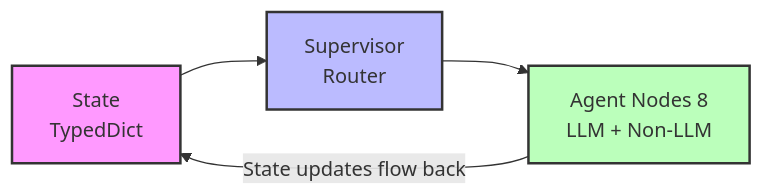
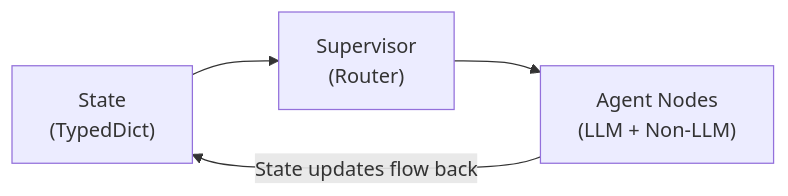
Before and after one commit to MarkLee131/oss-fuzz-gen: the first of 3 diagrams in agent_graph/README.md, drawn with Mermaid. The commit also changed other lines of this file, not shown here.

First line of the commit message:
Update agent_graph README.md for improved clarity and consistency

````diff
--- a/agent_graph/README.md
+++ b/agent_graph/README.md
@@ -15,10 +15,6 @@
 ```mermaid
 graph LR
-    State[State<br/>TypedDict] --> Supervisor[Supervisor<br/>Router]
-    Supervisor --> Agents[Agent Nodes 8<br/>LLM + Non-LLM]
-    Agents -->|State updates flow back| State
-    
-    style State fill:#f9f,stroke:#333,stroke-width:2px
-    style Supervisor fill:#bbf,stroke:#333,stroke-width:2px
-    style Agents fill:#bfb,stroke:#333,stroke-width:2px
+    State["State<br/>(TypedDict)"] --> Supervisor["Supervisor<br/>(Router)"]
+    Supervisor --> Agents["Agent Nodes<br/>(LLM + Non-LLM)"]
+    Agents -->|"State updates flow back"| State
 ```
````
